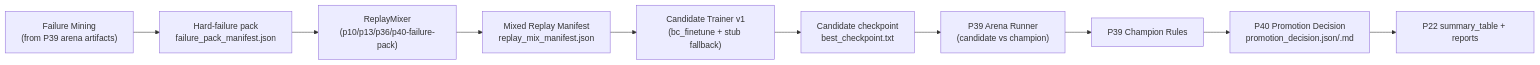
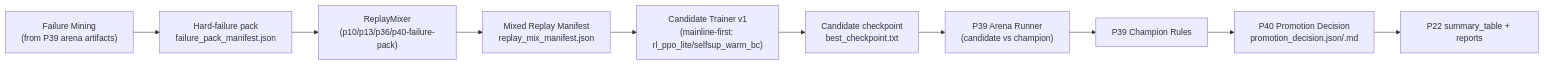
Before and after one commit to XcapeAxis/BalatroAI: the diagram in docs/P40_CLOSED_LOOP_IMPROVEMENT.md, drawn with Mermaid. The commit also changed other lines of this file and 6 other files, not shown here.

````diff
--- a/docs/P40_CLOSED_LOOP_IMPROVEMENT.md
+++ b/docs/P40_CLOSED_LOOP_IMPROVEMENT.md
@@ -11,12 +11,12 @@
 ```mermaid
 flowchart LR
   A["ReplayMixer\n(p10/p13/p36/p40-failure-pack)"] --> B["Mixed Replay Manifest\nreplay_mix_manifest.json"]
   C["Failure Mining\n(from P39 arena artifacts)"] --> D["Hard-failure pack\nfailure_pack_manifest.json"]
   D --> A
-  B --> E["Candidate Trainer v1\n(bc_finetune + stub fallback)"]
+  B --> E["Candidate Trainer v1\n(mainline-first: rl_ppo_lite/selfsup_warm_bc)"]
   E --> F["Candidate checkpoint\nbest_checkpoint.txt"]
   F --> G["P39 Arena Runner\n(candidate vs champion)"]
   G --> H["P39 Champion Rules"]
   H --> I["P40 Promotion Decision\npromotion_decision.json/.md"]
   I --> J["P22 summary_table + reports"]
 ```
````
